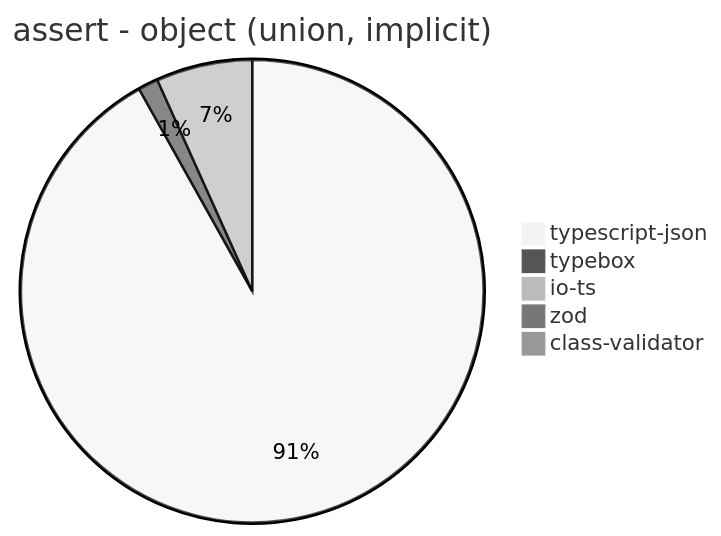
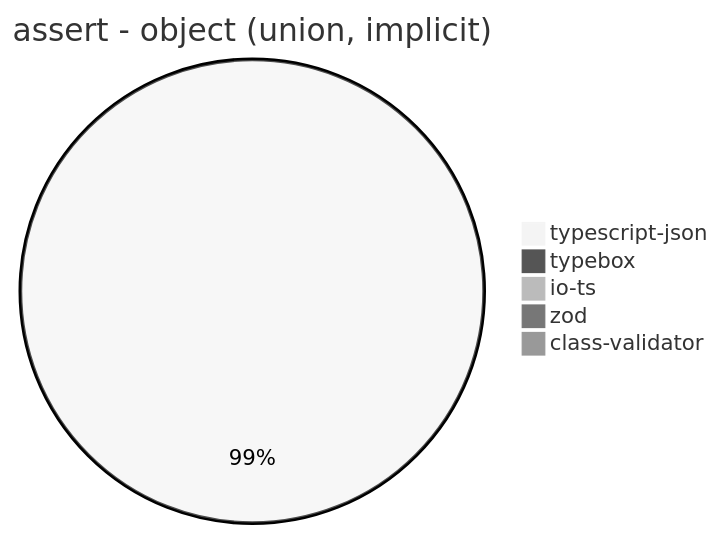
Diagram 12 of 39 in benchmark/results/AMD Ryzen 7 5800H with Radeon Graphics.md (samchon/typia), drawn with Mermaid (neutral theme) before and after one commit. The commit also changed other lines of this file and 3 other files, not shown here.

````diff
--- a/benchmark/results/AMD Ryzen 7 5800H with Radeon Graphics.md
+++ b/benchmark/results/AMD Ryzen 7 5800H with Radeon Graphics.md
@@ -156,8 +156,8 @@
 ```mermaid
 pie title assert - object (union, implicit)
-  "typescript-json": 4704.212454212454
-  "typebox": 71.51910193735289
-  "io-ts": 344.32571849668386
-  "zod": 19.140551698254832
-  "class-validator": 14.721919302071974
+  "typescript-json": 4600.074335625348
+  "typebox": 0
+  "io-ts": 0
+  "zod": 18.76974540048318
+  "class-validator": 13.77000372162263
 ```
````
